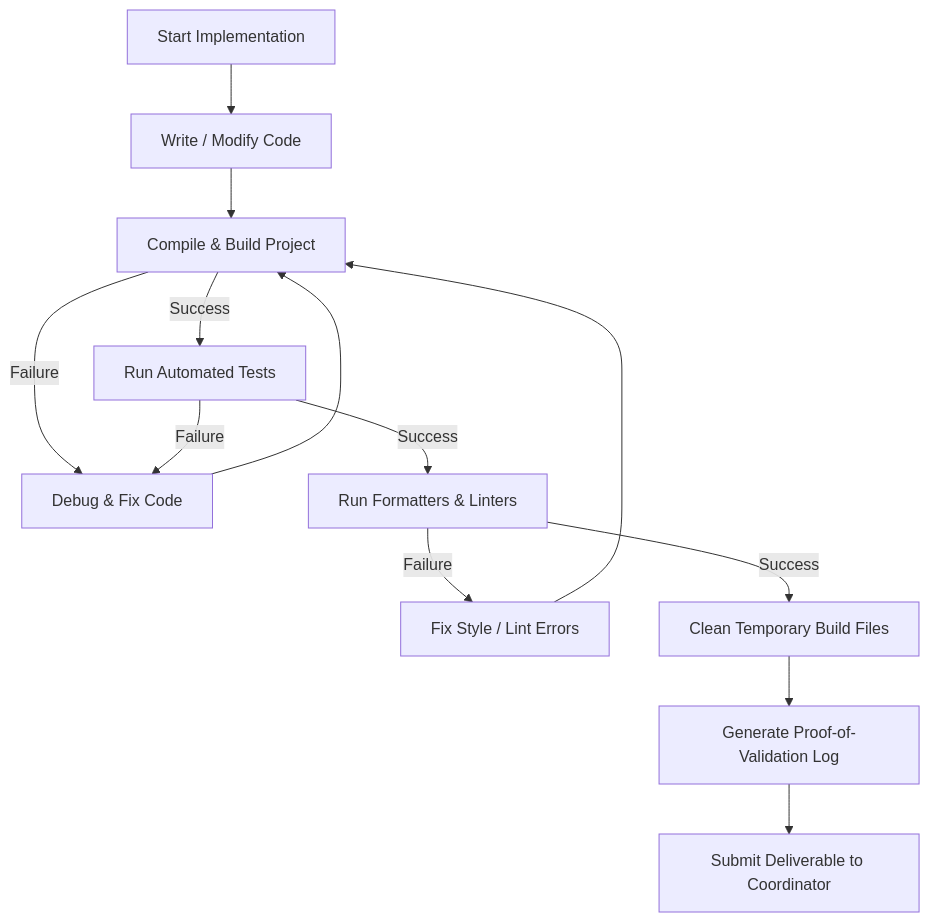
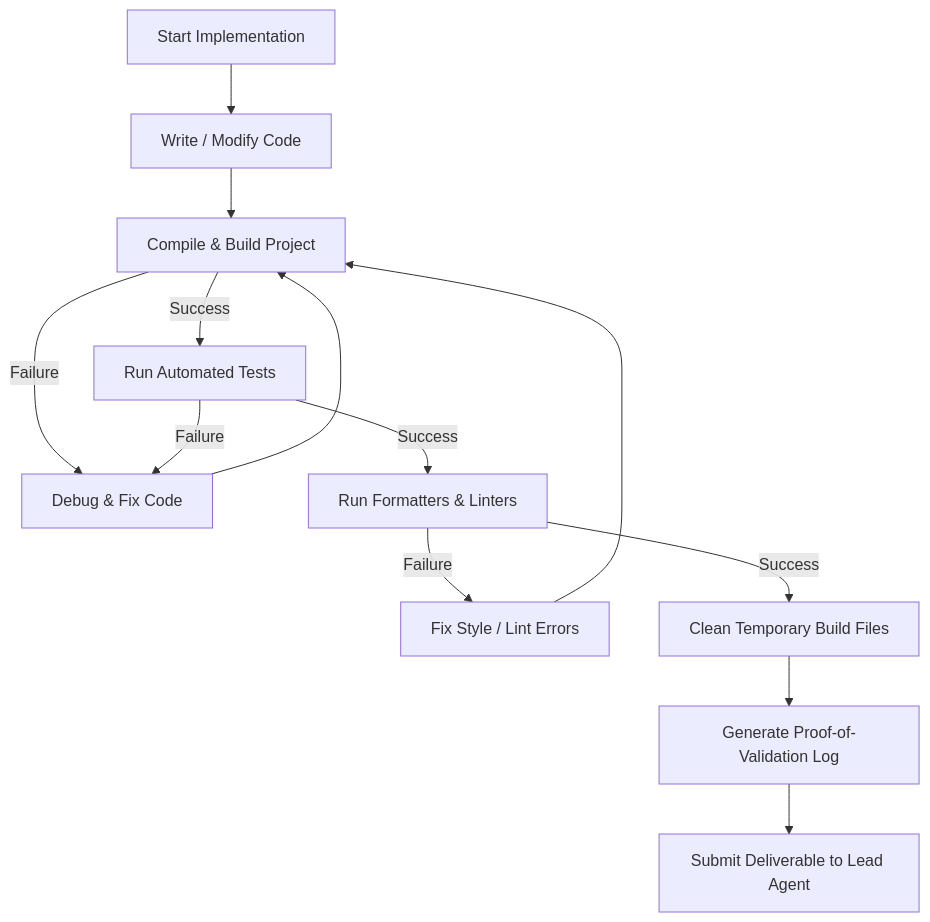
One commit to danicat/skills changed the diagram in swarm-coding/references/specialist.md. Above: the diagram before and after it, drawn with Mermaid. The commit also changed other lines of this file and 14 other files, not shown here.

````diff
--- a/swarm-coding/references/specialist.md
+++ b/swarm-coding/references/specialist.md
@@ -32,15 +26,15 @@
 ```mermaid
 graph TD
     A[Start Implementation] --> B[Write / Modify Code]
     B --> C[Compile & Build Project]
     C -->|Failure| D[Debug & Fix Code]
     D --> C
     C -->|Success| E[Run Automated Tests]
     E -->|Failure| D
     E -->|Success| F[Run Formatters & Linters]
     F -->|Failure| G[Fix Style / Lint Errors]
     G --> C
     F -->|Success| H[Clean Temporary Build Files]
     H --> I[Generate Proof-of-Validation Log]
-    I --> J[Submit Deliverable to Coordinator]
+    I --> J[Submit Deliverable to Lead Agent]
 ```
````
